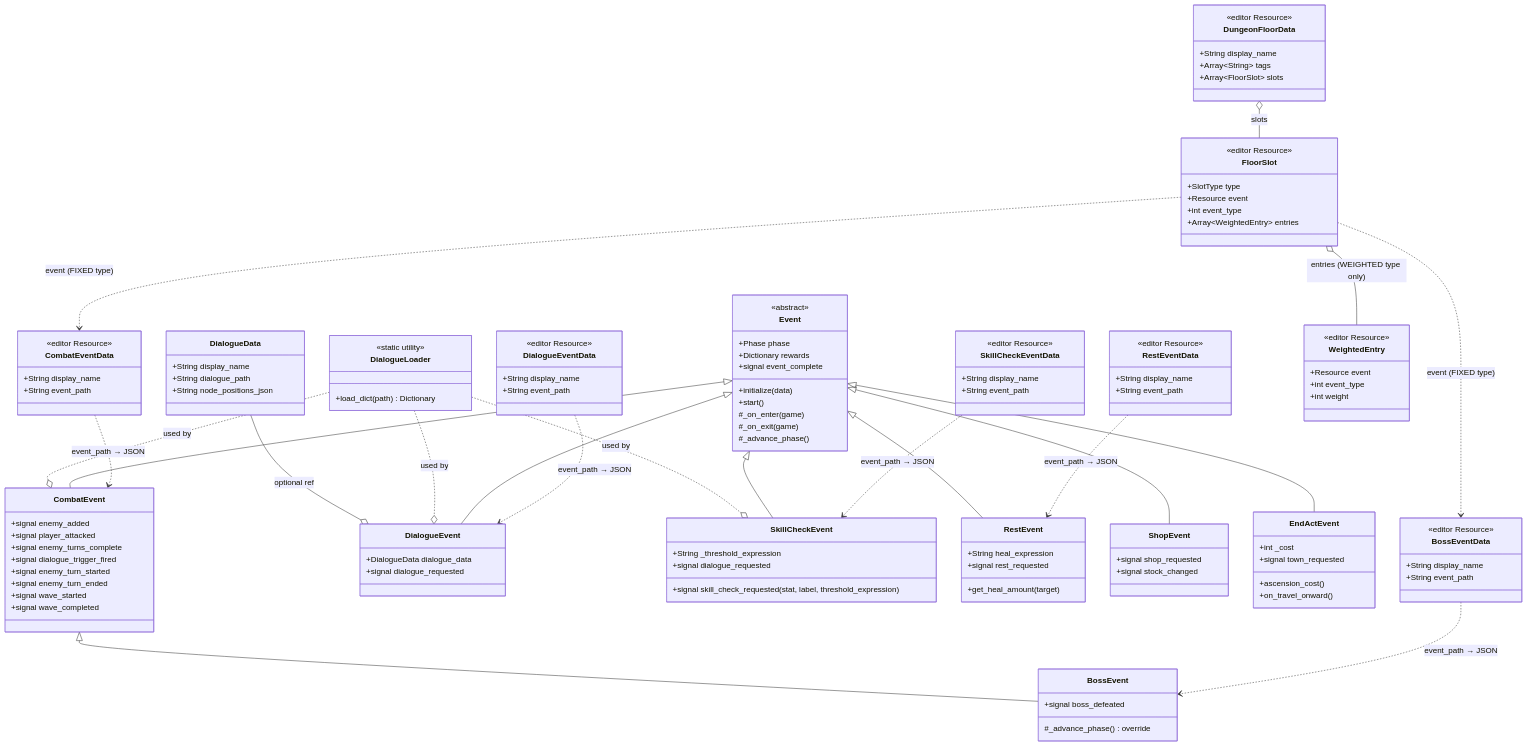
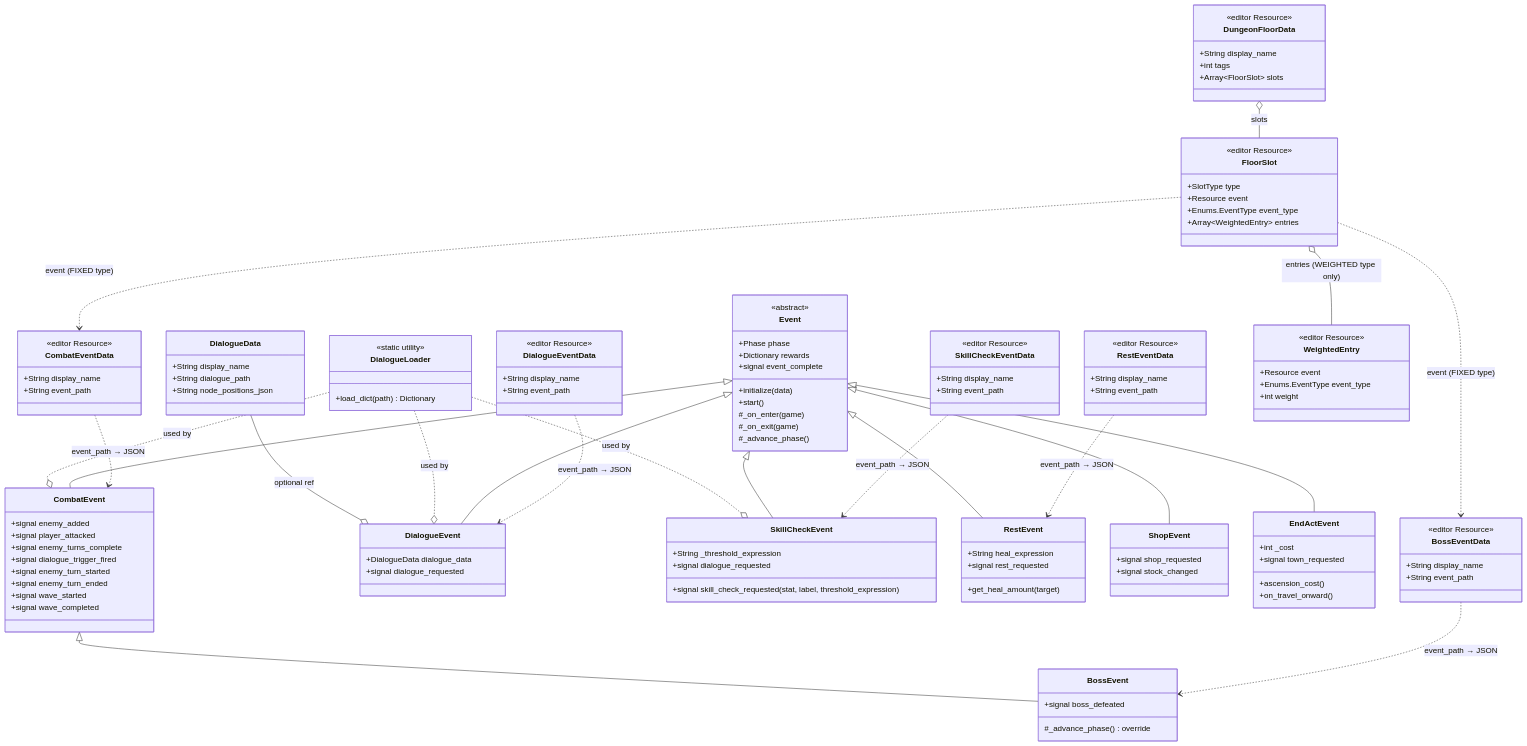
Before and after one commit to mjholder/crawler: the second of 5 diagrams in journal/architecture.md, drawn with Mermaid. The commit also changed 20 other files, not shown here.

```diff
--- a/journal/architecture.md
+++ b/journal/architecture.md
@@ -165,20 +165,20 @@
     class DungeonFloorData {
         <<editor Resource>>
         +String display_name
-        +Array~String~ tags
+        +int tags
         +Array~FloorSlot~ slots
     }
     class FloorSlot {
         <<editor Resource>>
         +SlotType type
         +Resource event
-        +int event_type
+        +Enums.EventType event_type
         +Array~WeightedEntry~ entries
     }
     class WeightedEntry {
         <<editor Resource>>
         +Resource event
-        +int event_type
+        +Enums.EventType event_type
         +int weight
     }
 
```
